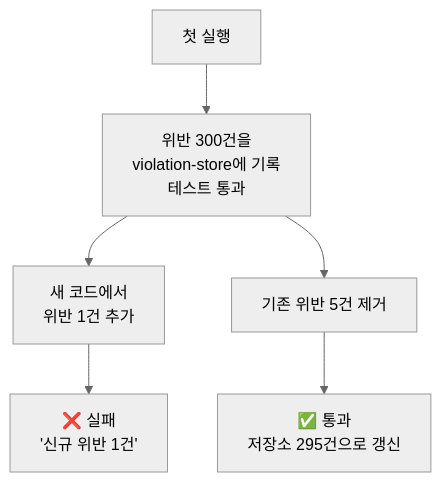
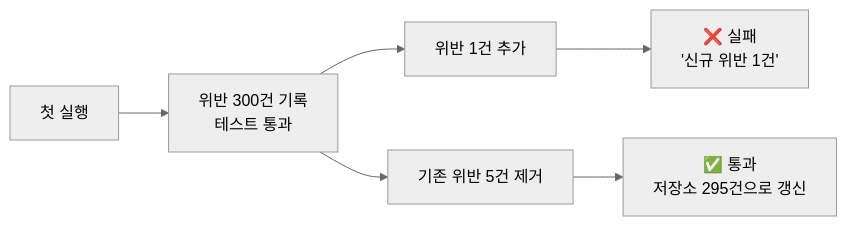
Before and after one commit to ktae23/TIL: the second of 2 diagrams in MSA/16-archunit-enforcing-rules.md, drawn with Mermaid (neutral theme). The commit also changed other lines of this file and 13 other files, not shown here.

````diff
--- a/MSA/16-archunit-enforcing-rules.md
+++ b/MSA/16-archunit-enforcing-rules.md
@@ -556,8 +463,6 @@
 ```mermaid
-flowchart TB
-    A["첫 실행"] --> B["위반 300건을<br/>violation-store에 기록<br/>테스트 통과"]
-    B --> C["새 코드에서<br/>위반 1건 추가"]
-    C --> D["❌ 실패<br/>'신규 위반 1건'"]
-    B --> E["기존 위반 5건 제거"]
-    E --> F["✅ 통과<br/>저장소 295건으로 갱신"]
+flowchart LR
+    A["첫 실행"] --> B["위반 300건 기록<br/>테스트 통과"]
+    B --> C["위반 1건 추가"] --> D["❌ 실패<br/>'신규 위반 1건'"]
+    B --> E["기존 위반 5건 제거"] --> F["✅ 통과<br/>저장소 295건으로 갱신"]
 ```
````
